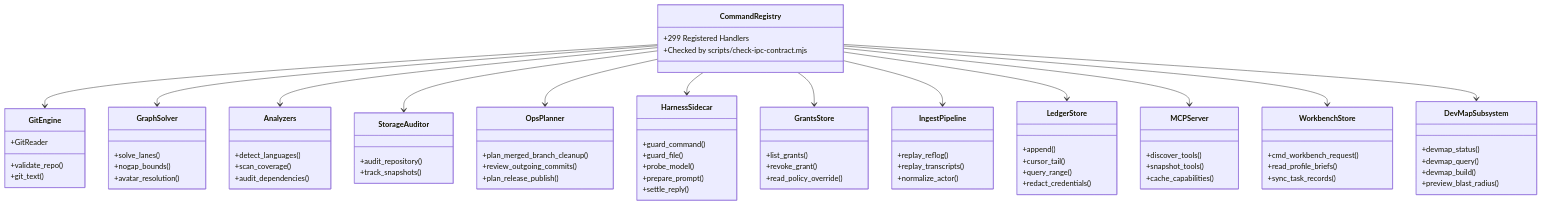
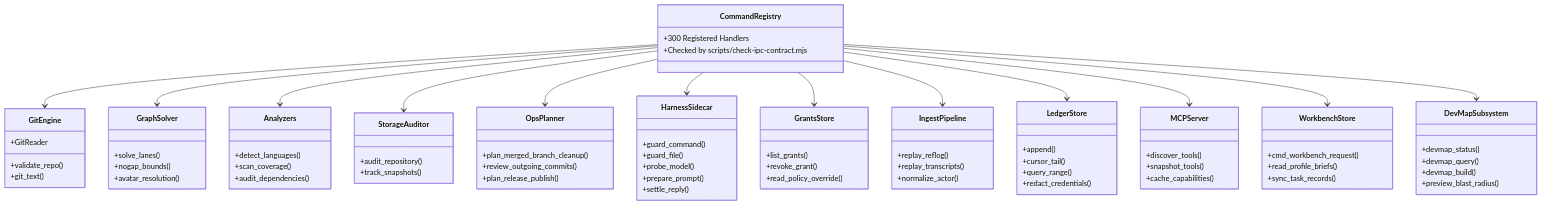
The third of 5 diagrams in docs/ARCHITECTURE.md (bharathvbcr/GitPulse), drawn with Mermaid before and after one commit. The commit also changed other lines of this file and 10 other files, not shown here.

````diff
--- a/docs/ARCHITECTURE.md
+++ b/docs/ARCHITECTURE.md
@@ -202,7 +202,7 @@
 ```mermaid
 classDiagram
     class CommandRegistry {
-        +299 Registered Handlers
+        +300 Registered Handlers
         +Checked by scripts/check-ipc-contract.mjs
     }
     class GitEngine {
````
